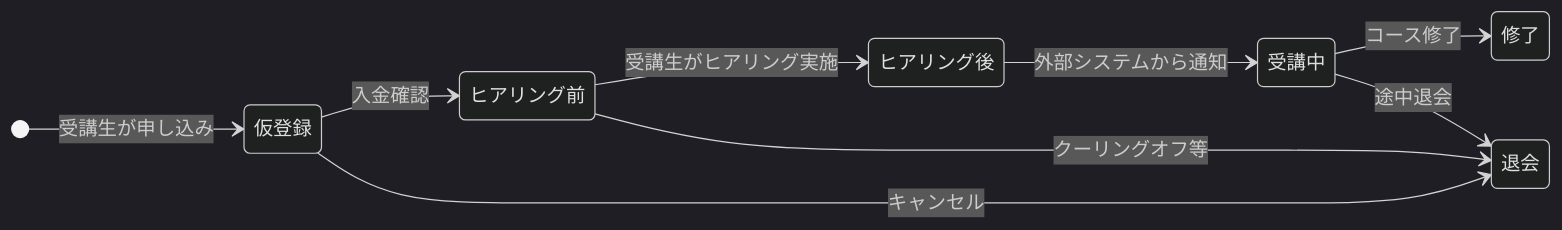
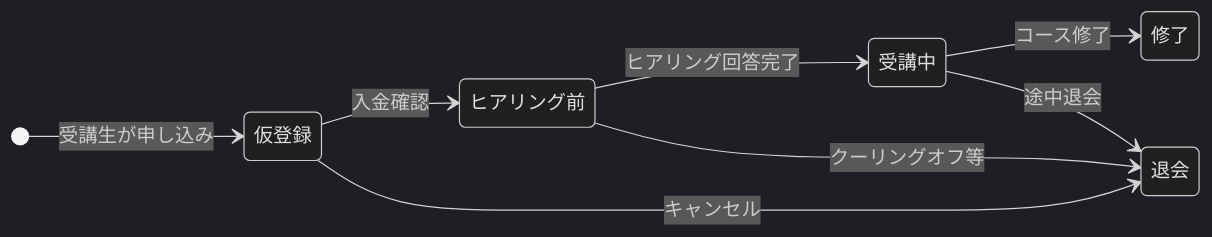
One commit to koujienami/studentManagementAI changed the first of 2 diagrams in docs/01_要件定義/ユースケース.md. Above: the diagram before and after it, drawn with Mermaid (dark theme). The commit also changed other lines of this file and 37 other files, not shown here.

````diff
--- a/docs/01_要件定義/ユースケース.md
+++ b/docs/01_要件定義/ユースケース.md
@@ -5,12 +5,11 @@
 ```mermaid
 stateDiagram-v2
     direction LR
     [*] --> 仮登録: 受講生が申し込み
     仮登録 --> ヒアリング前: 入金確認
-    ヒアリング前 --> ヒアリング後: 受講生がヒアリング実施
-    ヒアリング後 --> 受講中: 外部システムから通知
+    ヒアリング前 --> 受講中: ヒアリング回答完了
     受講中 --> 修了: コース修了
     受講中 --> 退会: 途中退会
     仮登録 --> 退会: キャンセル
     ヒアリング前 --> 退会: クーリングオフ等
 ```
````
